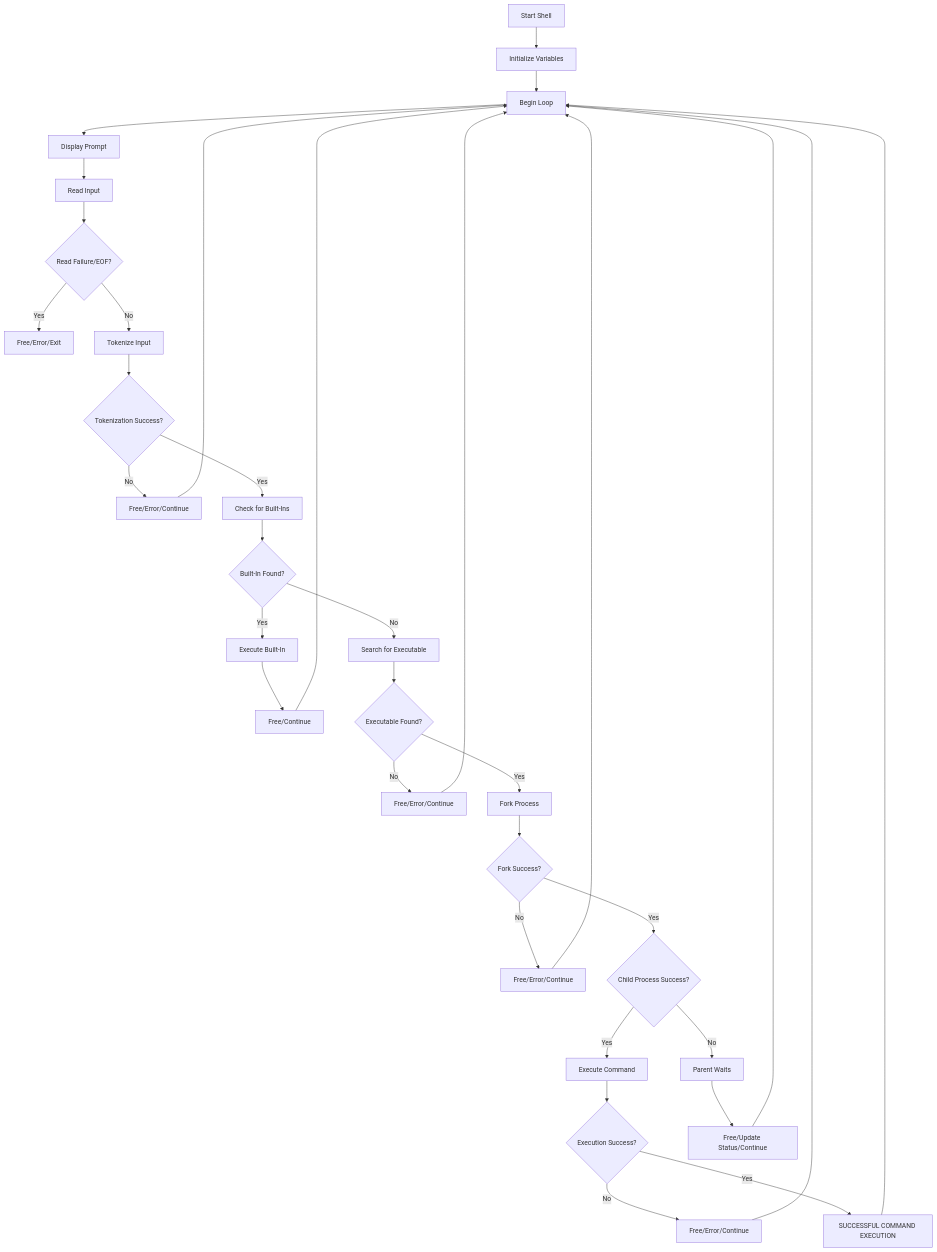
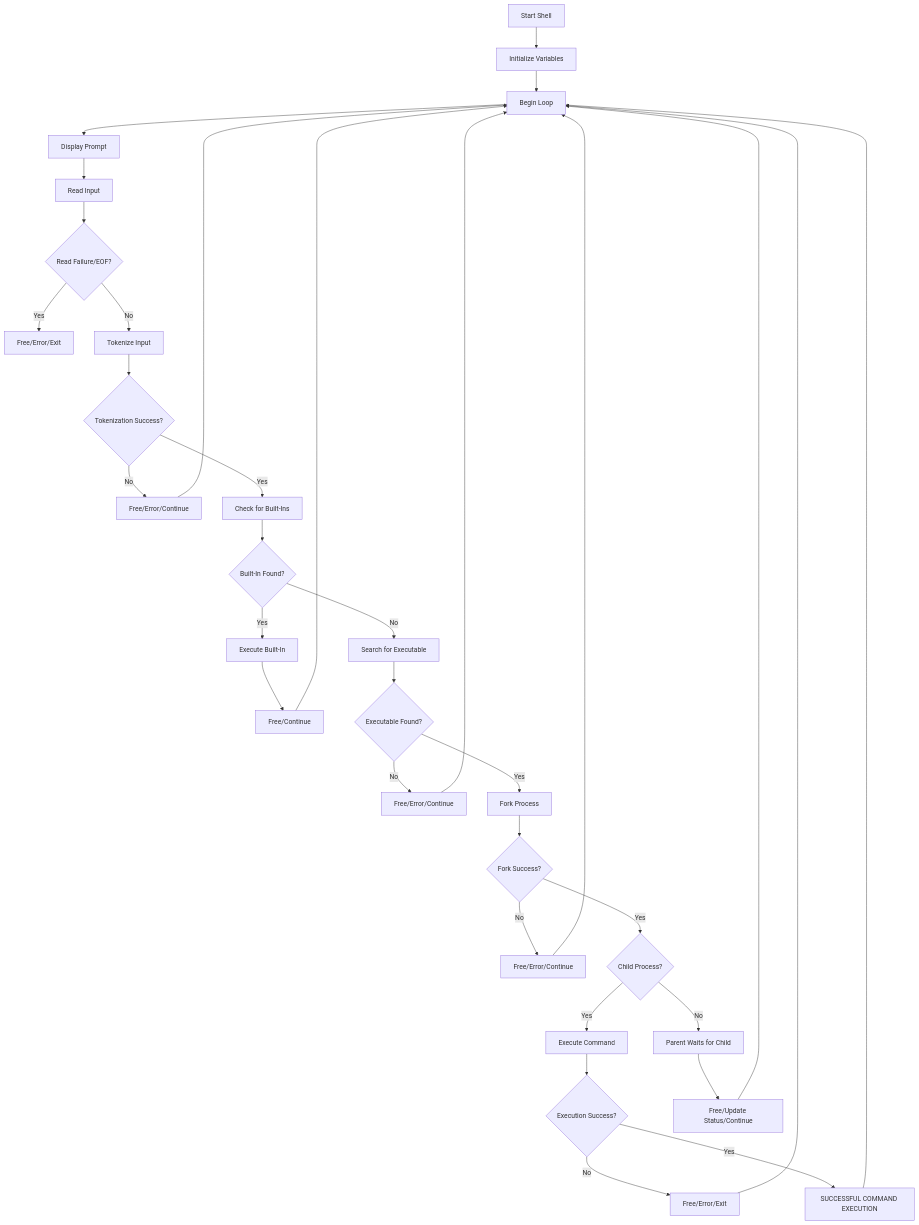
The diagram in README.md (seer9/atlas-simple_shell), drawn with Mermaid before and after one commit.

````diff
--- a/README.md
+++ b/README.md
@@ -20,36 +20,36 @@
 ```mermaid
 flowchart TB
 	A[Start Shell] --> B[Initialize Variables]
 	B --> C[Begin Loop]
 	C --> D[Display Prompt]
 	D --> E[Read Input]
 	E --> F{Read Failure/EOF?}
 	F -- Yes --> G[Free/Error/Exit]
 	F -- No --> H[Tokenize Input]
 	H --> I{Tokenization Success?}
 	I -- No --> J[Free/Error/Continue]
 	I -- Yes --> K[Check for Built-Ins]
 	K --> L{Built-In Found?}
 	L -- Yes --> M[Execute Built-In]
 	M --> N[Free/Continue]
 	L -- No --> O[Search for Executable]
 	O --> P{Executable Found?}
 	P -- No --> Q[Free/Error/Continue]
 	P -- Yes --> R[Fork Process]
 	R --> S{Fork Success?}
 	S -- No --> T[Free/Error/Continue]
-	S -- Yes --> U{Child Process Success?}
-	U -- Yes --> V[Execute Command]
-	V --> W{Execution Success?}
-	W -- No --> X[Free/Error/Continue]
+	S -- Yes --> U{Child Process?}
+	U -- Yes --> Z[Execute Command]
+	Z --> W{Execution Success?}
+	W -- No --> X[Free/Error/Exit]
 	W -- Yes --> Y[SUCCESSFUL COMMAND EXECUTION]
-	U -- No --> Z[Parent Waits]
-	Z --> AA[Free/Update Status/Continue]
+	U -- No --> V[Parent Waits for Child]
+	V --> AA[Free/Update Status/Continue]
 	AA --> C
 	J --> C
 	N --> C
 	Q --> C
 	T --> C
 	X --> C
 	Y --> C
 ```
````
